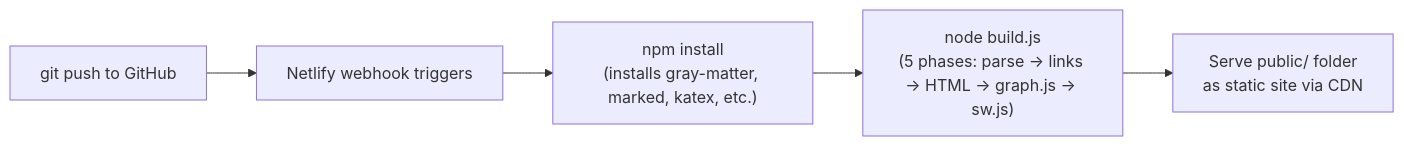
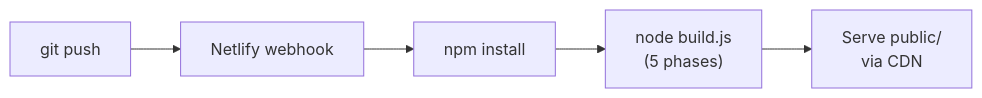
One commit to Kavyargb/Neuron-IQ changed diagram 13 of 13 in README.md. Above: the diagram before and after it, drawn with Mermaid. The commit also changed other lines of this file, not shown here.

Commit message:
docs: overhaul README with enhanced formatting, project badges, and detailed architecture documentation

````diff
--- a/README.md
+++ b/README.md
@@ -955,7 +932,7 @@
 ```mermaid
 flowchart LR
-    A["git push to GitHub"] --> B["Netlify webhook triggers"]
-    B --> C["npm install<br>(installs gray-matter, marked, katex, etc.)"]
-    C --> D["node build.js<br>(5 phases: parse → links → HTML → graph.js → sw.js)"]
-    D --> E["Serve public/ folder<br>as static site via CDN"]
+    A["git push"] --> B["Netlify webhook"]
+    B --> C["npm install"]
+    C --> D["node build.js<br/>(5 phases)"]
+    D --> E["Serve public/<br/>via CDN"]
 ```
````
